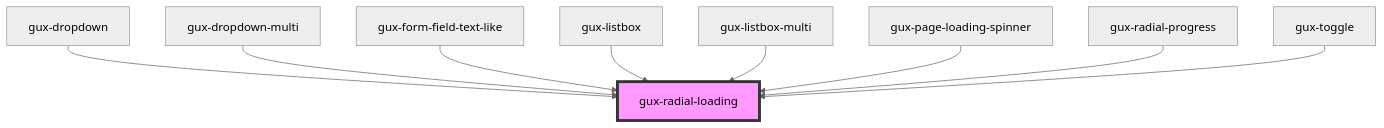
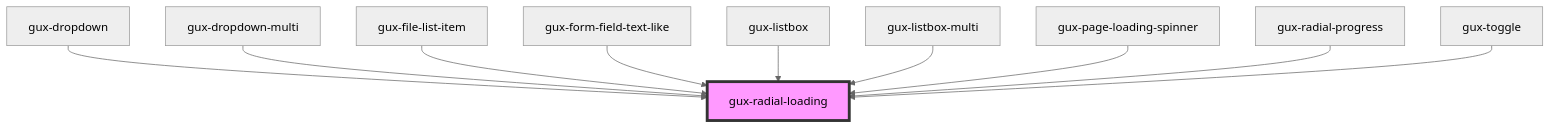
One commit to MyPureCloud/genesys-spark changed the diagram in packages/genesys-spark-components/src/components/stable/gux-radial-loading/readme.md. Above: the diagram before and after it, drawn with Mermaid (neutral theme). The commit also changed other lines of this file and 22 other files, not shown here.

````diff
--- a/packages/genesys-spark-components/src/components/stable/gux-radial-loading/readme.md
+++ b/packages/genesys-spark-components/src/components/stable/gux-radial-loading/readme.md
@@ -33,12 +34,13 @@
 ```mermaid
 graph TD;
   gux-dropdown --> gux-radial-loading
   gux-dropdown-multi --> gux-radial-loading
+  gux-file-list-item --> gux-radial-loading
   gux-form-field-text-like --> gux-radial-loading
   gux-listbox --> gux-radial-loading
   gux-listbox-multi --> gux-radial-loading
   gux-page-loading-spinner --> gux-radial-loading
   gux-radial-progress --> gux-radial-loading
   gux-toggle --> gux-radial-loading
   style gux-radial-loading fill:#f9f,stroke:#333,stroke-width:4px
 ```
````
